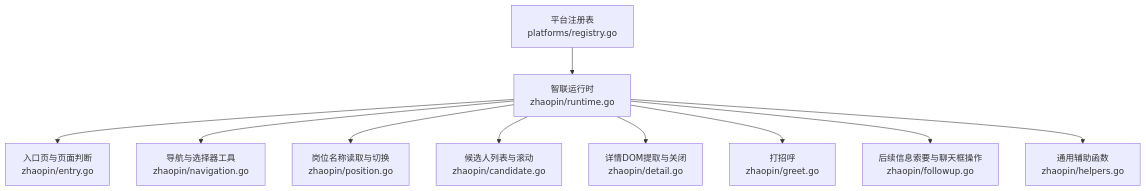
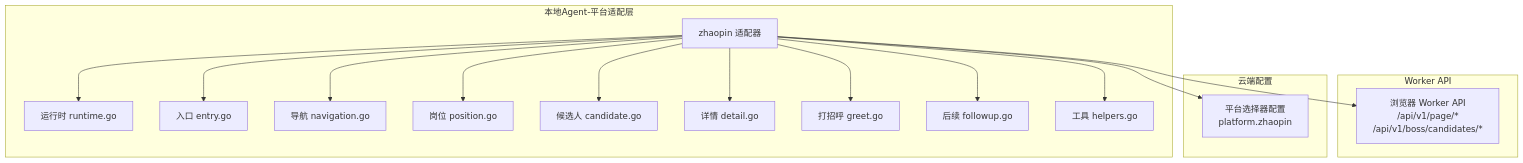
One commit to alvinwangzi/goodhr changed the first of 8 diagrams in .qoder/repowiki/zh/content/本地执行器/平台适配器/智联招聘适配器/智联招聘适配器.md. Above: the diagram before and after it, drawn with Mermaid. The commit also changed other lines of this file and 149 other files, not shown here.

````diff
--- a/.qoder/repowiki/zh/content/本地执行器/平台适配器/智联招聘适配器/智联招聘适配器.md
+++ b/.qoder/repowiki/zh/content/本地执行器/平台适配器/智联招聘适配器/智联招聘适配器.md
@@ -42,12 +41,23 @@
 ```mermaid
 graph TB
-A["平台注册表<br/>platforms/registry.go"] --> B["智联运行时<br/>zhaopin/runtime.go"]
-B --> C["入口页与页面判断<br/>zhaopin/entry.go"]
-B --> D["导航与选择器工具<br/>zhaopin/navigation.go"]
-B --> E["岗位名称读取与切换<br/>zhaopin/position.go"]
-B --> F["候选人列表与滚动<br/>zhaopin/candidate.go"]
-B --> G["详情DOM提取与关闭<br/>zhaopin/detail.go"]
-B --> H["打招呼<br/>zhaopin/greet.go"]
-B --> I["后续信息索要与聊天框操作<br/>zhaopin/followup.go"]
-B --> J["通用辅助函数<br/>zhaopin/helpers.go"]
+subgraph "本地Agent-平台适配层"
+ZR["zhaopin 适配器"]
+ZR --> RT["运行时 runtime.go"]
+ZR --> EN["入口 entry.go"]
+ZR --> NAV["导航 navigation.go"]
+ZR --> POS["岗位 position.go"]
+ZR --> CAND["候选人 candidate.go"]
+ZR --> DET["详情 detail.go"]
+ZR --> GRT["打招呼 greet.go"]
+ZR --> FUP["后续 followup.go"]
+ZR --> HLP["工具 helpers.go"]
+end
+subgraph "Worker API"
+WAPI["浏览器 Worker API<br/>/api/v1/page/*<br/>/api/v1/boss/candidates/*"]
+end
+subgraph "云端配置"
+CFG["平台选择器配置<br/>platform.zhaopin"]
+end
+ZR --> WAPI
+ZR --> CFG
 ```
````
